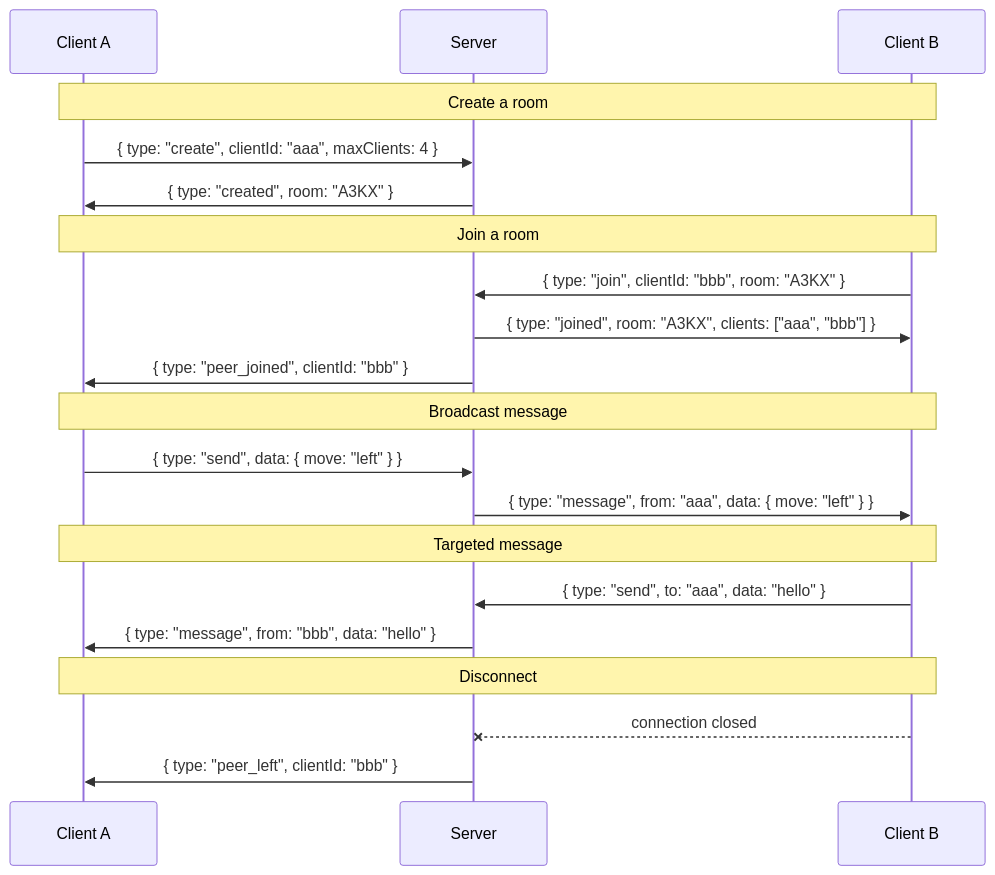
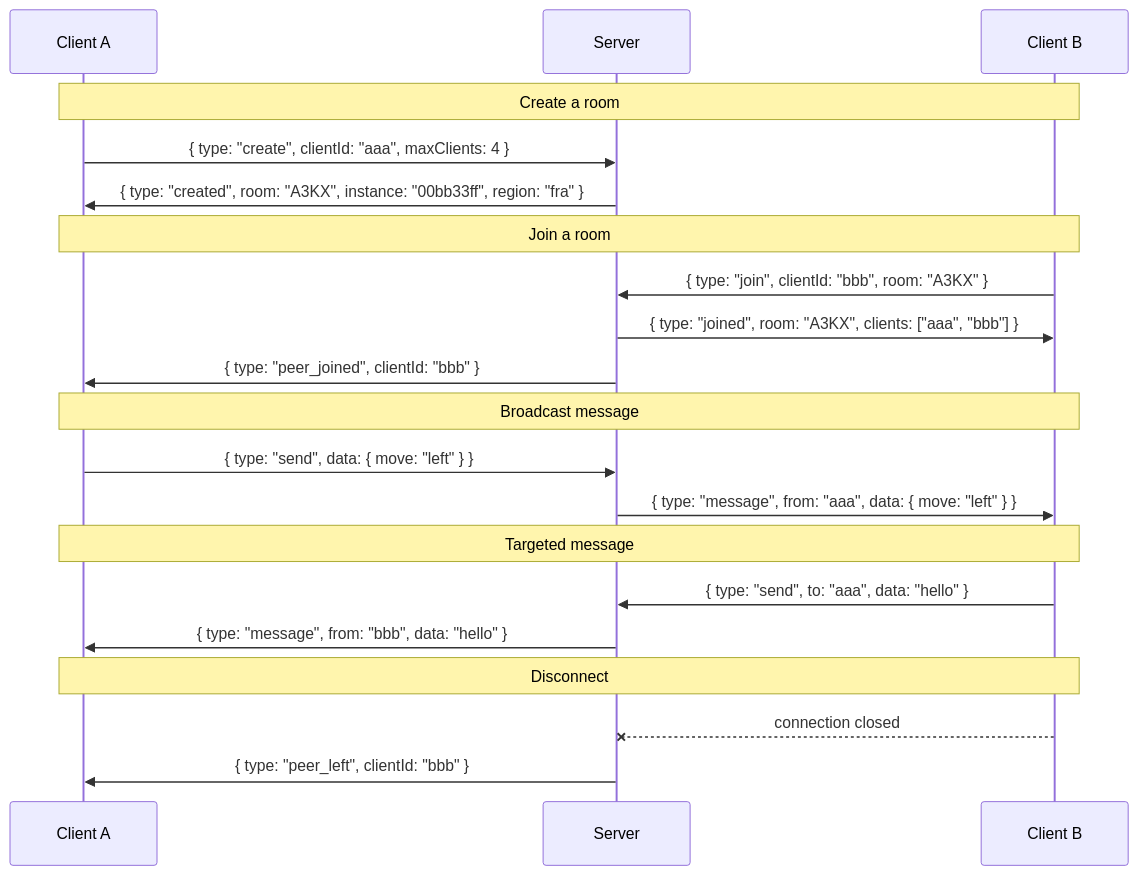
Before and after one commit to tim4724/Party-Sockets: the diagram in README.md, drawn with Mermaid. The commit also changed other lines of this file and 4 other files, not shown here.

````diff
--- a/README.md
+++ b/README.md
@@ -94,27 +109,27 @@
 ```mermaid
 sequenceDiagram
     participant A as Client A
     participant S as Server
     participant B as Client B
 
     Note over A,B: Create a room
     A->>S: { type: "create", clientId: "aaa", maxClients: 4 }
-    S->>A: { type: "created", room: "A3KX" }
+    S->>A: { type: "created", room: "A3KX", instance: "00bb33ff", region: "fra" }
 
     Note over A,B: Join a room
     B->>S: { type: "join", clientId: "bbb", room: "A3KX" }
     S->>B: { type: "joined", room: "A3KX", clients: ["aaa", "bbb"] }
     S->>A: { type: "peer_joined", clientId: "bbb" }
 
     Note over A,B: Broadcast message
     A->>S: { type: "send", data: { move: "left" } }
     S->>B: { type: "message", from: "aaa", data: { move: "left" } }
 
     Note over A,B: Targeted message
     B->>S: { type: "send", to: "aaa", data: "hello" }
     S->>A: { type: "message", from: "bbb", data: "hello" }
 
     Note over A,B: Disconnect
     B--xS: connection closed
     S->>A: { type: "peer_left", clientId: "bbb" }
 ```
````
